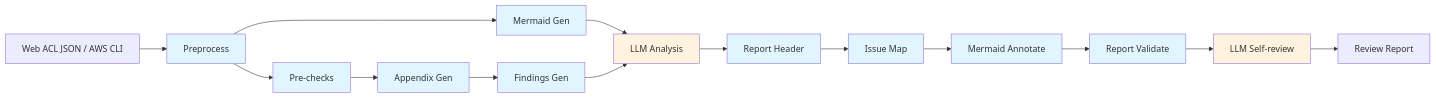
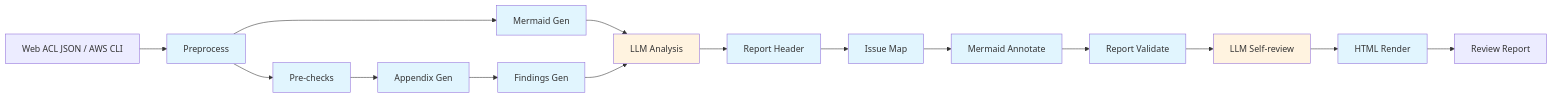
The diagram in README_EN.md (chenghit/aws-waf-rules-reviewer), drawn with Mermaid before and after one commit. The commit also changed other lines of this file and 14 other files, not shown here.

First line of the commit message:
feat(v0.7): report-only output folder and self-contained HTML report

````diff
--- a/README_EN.md
+++ b/README_EN.md
@@ -11,28 +11,30 @@
 ```mermaid
 flowchart LR
     A["Web ACL JSON / AWS CLI"] --> B["Preprocess"]
     B --> C["Mermaid Gen"]
     B --> D["Pre-checks"]
     D --> D2["Appendix Gen"]
     D2 --> D3["Findings Gen"]
     C --> E["LLM Analysis"]
     D3 --> E
     E --> E2["Report Header"]
     E2 --> E3["Issue Map"]
     E3 --> F["Mermaid Annotate"]
     F --> G["Report Validate"]
     G --> H["LLM Self-review"]
-    H --> I["Review Report"]
+    H --> J["HTML Render"]
+    J --> I["Review Report"]
 
     style B fill:#e1f5fe
     style C fill:#e1f5fe
     style D fill:#e1f5fe
     style D2 fill:#e1f5fe
     style D3 fill:#e1f5fe
     style E2 fill:#e1f5fe
     style E3 fill:#e1f5fe
     style F fill:#e1f5fe
     style G fill:#e1f5fe
+    style J fill:#e1f5fe
     style E fill:#fff3e0
     style H fill:#fff3e0
 ```
````
